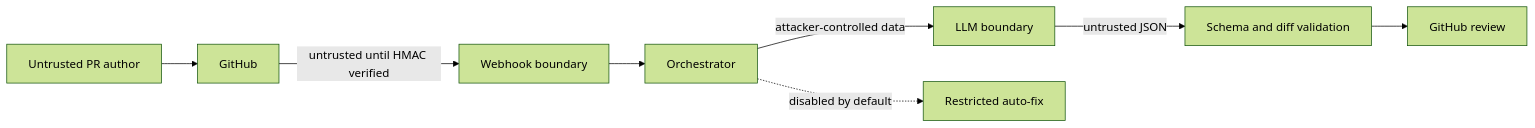
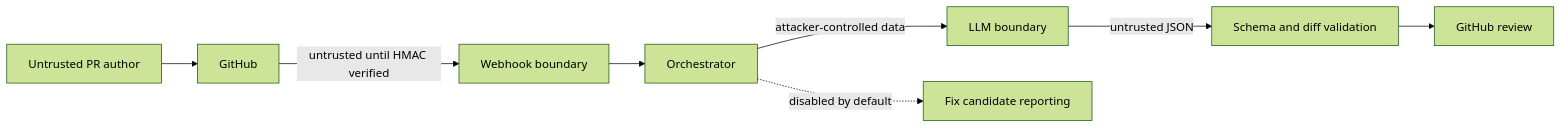
One commit to mrinmoyece/pr-review-agent changed the diagram in docs/threat-model.md. Above: the diagram before and after it, drawn with Mermaid (forest theme). The commit also changed other lines of this file and 25 other files, not shown here.

````diff
--- a/docs/threat-model.md
+++ b/docs/threat-model.md
@@ -28,10 +28,10 @@
 ```mermaid
 flowchart LR
     U[Untrusted PR author] --> GH[GitHub]
     GH -->|untrusted until HMAC verified| W[Webhook boundary]
     W --> O[Orchestrator]
     O -->|attacker-controlled data| L[LLM boundary]
     L -->|untrusted JSON| V[Schema and diff validation]
     V --> P[GitHub review]
-    O -. disabled by default .-> X[Restricted auto-fix]
+    O -. disabled by default .-> X[Fix candidate reporting]
 ```
````
